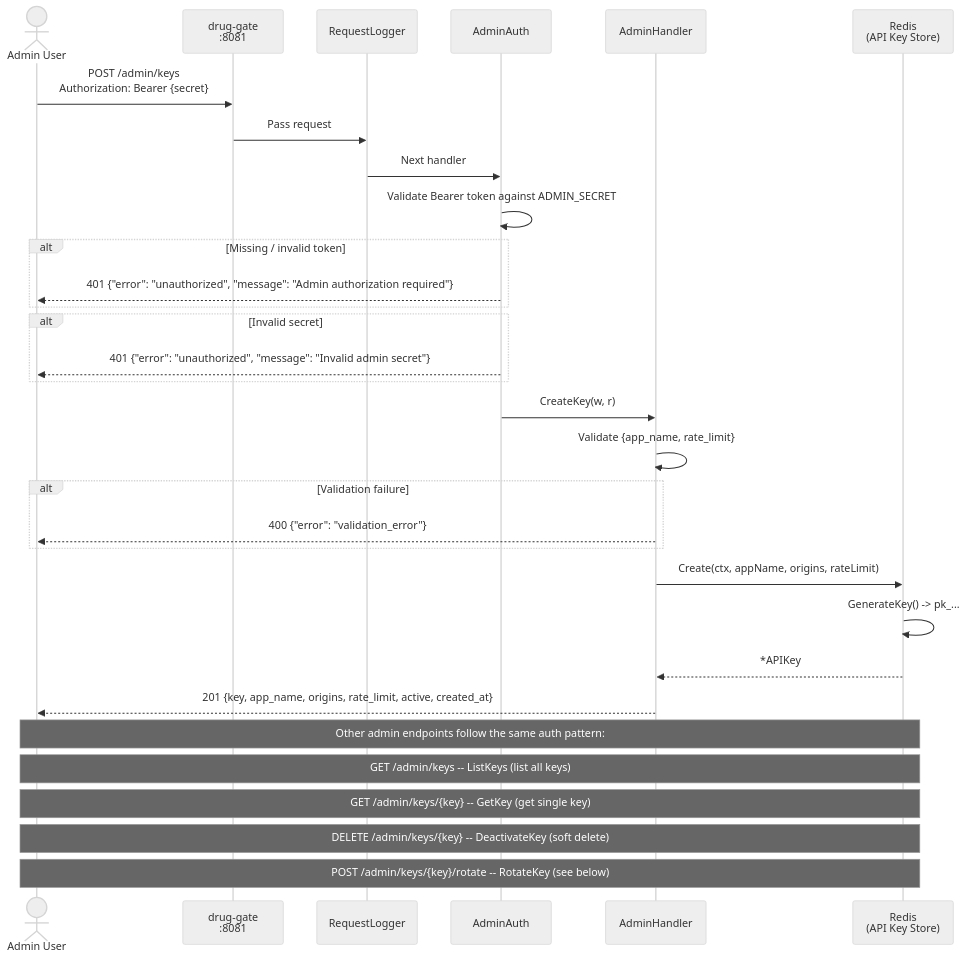
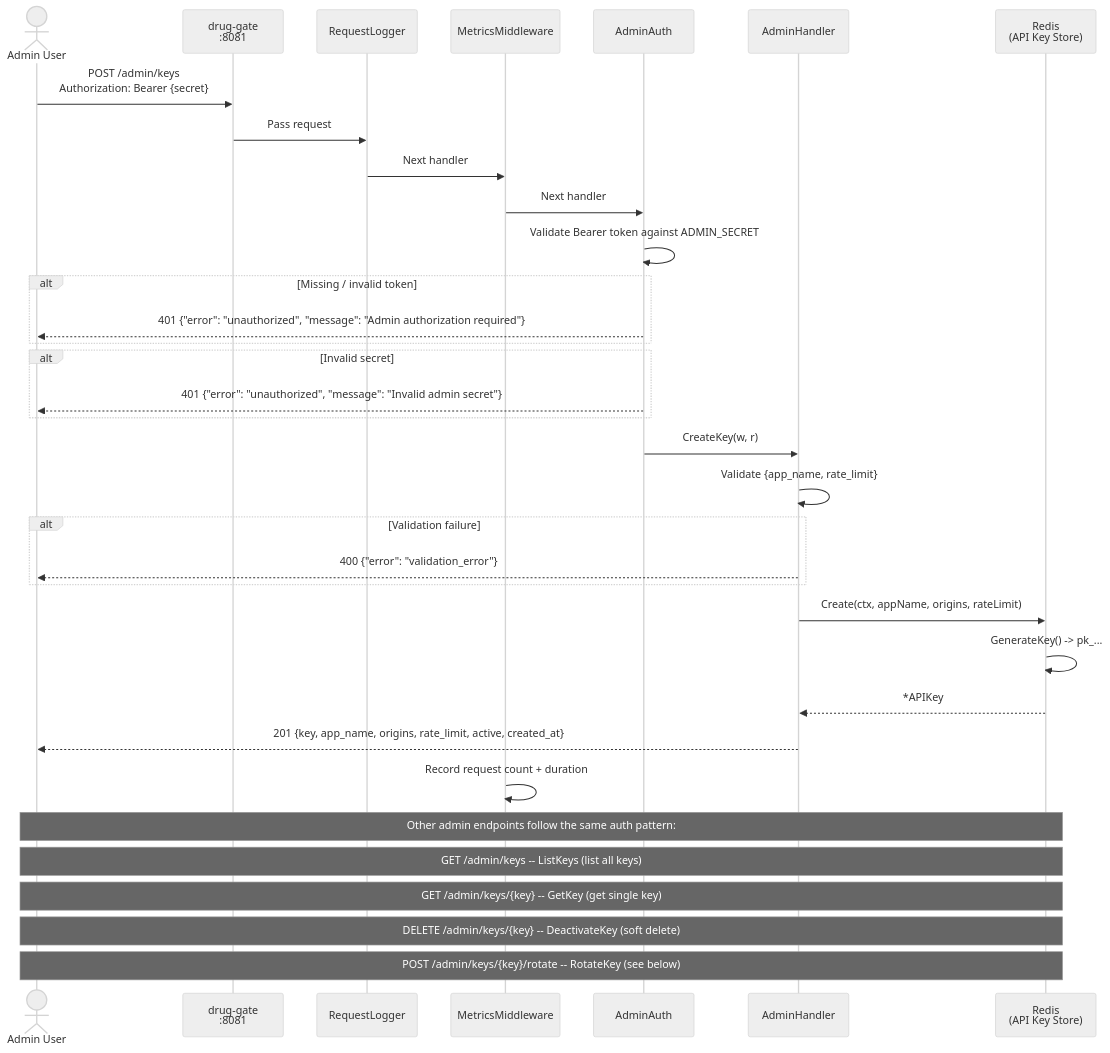
Before and after one commit to finish06/drug-gate: the tenth of 12 diagrams in docs/sequence-diagram.md, drawn with Mermaid (neutral theme). The commit also changed other lines of this file and 2 other files, not shown here.

First line of the commit message:
docs: update sequence diagrams, CLAUDE.md, and PRD for metrics

````diff
--- a/docs/sequence-diagram.md
+++ b/docs/sequence-diagram.md
@@ -362,40 +468,44 @@
 ```mermaid
 sequenceDiagram
     actor Admin as Admin User
     participant GW as drug-gate<br/>:8081
     participant LOG as RequestLogger
+    participant MET as MetricsMiddleware
     participant ADM as AdminAuth
     participant AH as AdminHandler
     participant RDS as Redis<br/>(API Key Store)
 
     Admin->>GW: POST /admin/keys<br/>Authorization: Bearer {secret}
     GW->>LOG: Pass request
-    LOG->>ADM: Next handler
+    LOG->>MET: Next handler
+    MET->>ADM: Next handler
     ADM->>ADM: Validate Bearer token against ADMIN_SECRET
 
     alt Missing / invalid token
         ADM-->>Admin: 401 {"error": "unauthorized", "message": "Admin authorization required"}
     end
 
     alt Invalid secret
         ADM-->>Admin: 401 {"error": "unauthorized", "message": "Invalid admin secret"}
     end
 
     ADM->>AH: CreateKey(w, r)
     AH->>AH: Validate {app_name, rate_limit}
 
     alt Validation failure
         AH-->>Admin: 400 {"error": "validation_error"}
     end
 
     AH->>RDS: Create(ctx, appName, origins, rateLimit)
     RDS->>RDS: GenerateKey() -> pk_...
     RDS-->>AH: *APIKey
     AH-->>Admin: 201 {key, app_name, origins, rate_limit, active, created_at}
 
+    MET->>MET: Record request count + duration
+
     Note over Admin, RDS: Other admin endpoints follow the same auth pattern:
     Note over Admin, RDS: GET /admin/keys -- ListKeys (list all keys)
     Note over Admin, RDS: GET /admin/keys/{key} -- GetKey (get single key)
     Note over Admin, RDS: DELETE /admin/keys/{key} -- DeactivateKey (soft delete)
     Note over Admin, RDS: POST /admin/keys/{key}/rotate -- RotateKey (see below)
 ```
````
